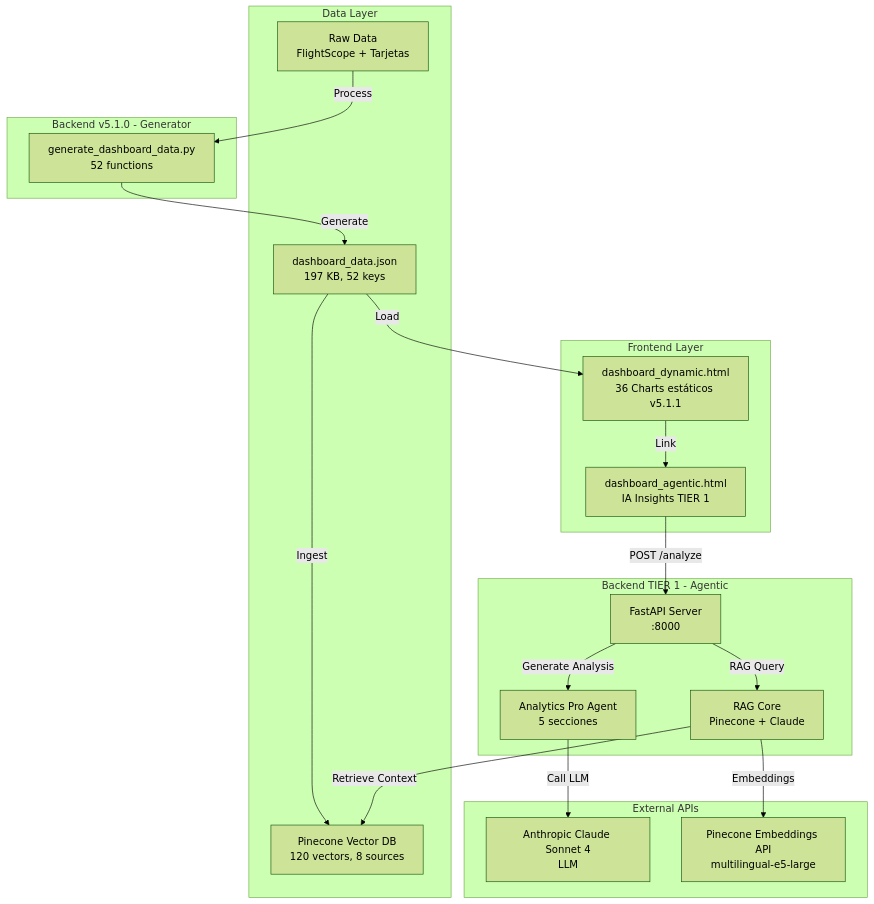
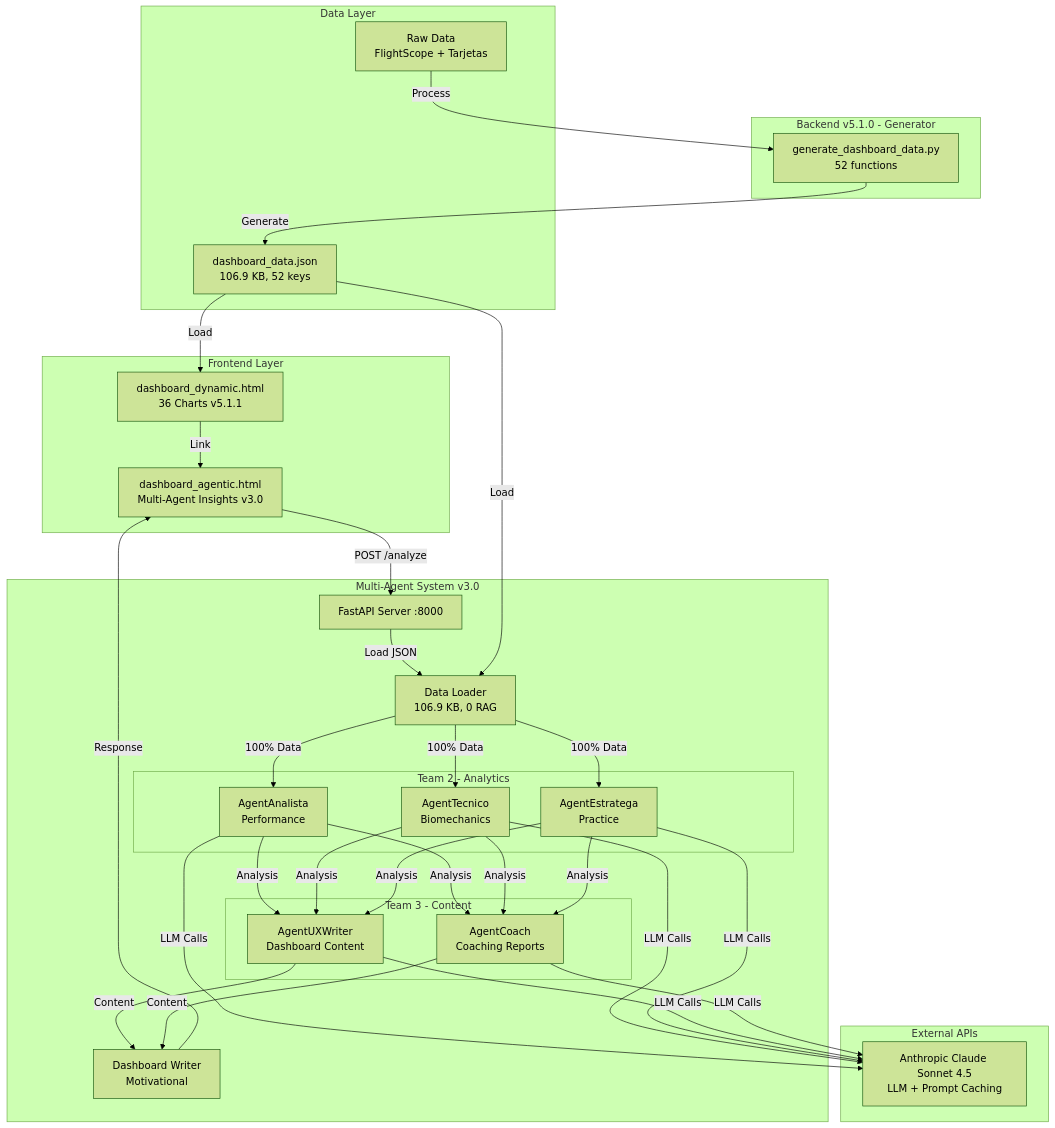
One commit to AlvGolf/AlvGolf-Identity-EngineV3 changed the diagram in README.md. Above: the diagram before and after it, drawn with Mermaid (forest theme). The commit also changed other lines of this file, not shown here.

First line of the commit message:
docs(v3.0): update README with Multi-Agent System v3.0

````diff
--- a/README.md
+++ b/README.md
@@ -34,41 +35,53 @@
 ```mermaid
 graph TB
     subgraph "Frontend Layer"
-        A[dashboard_dynamic.html<br/>36 Charts estáticos v5.1.1]
-        B[dashboard_agentic.html<br/>IA Insights TIER 1]
+        A[dashboard_dynamic.html<br/>36 Charts v5.1.1]
+        B[dashboard_agentic.html<br/>Multi-Agent Insights v3.0]
     end
 
-    subgraph "Backend TIER 1 - Agentic"
-        C[FastAPI Server<br/>:8000]
-        D[RAG Core<br/>Pinecone + Claude]
-        E[Analytics Pro Agent<br/>5 secciones]
+    subgraph "Multi-Agent System v3.0"
+        C[FastAPI Server :8000]
+        D[Data Loader<br/>106.9 KB, 0 RAG]
+
+        subgraph "Team 2 - Analytics"
+            E1[AgentAnalista<br/>Performance]
+            E2[AgentTecnico<br/>Biomechanics]
+            E3[AgentEstratega<br/>Practice]
+        end
+
+        subgraph "Team 3 - Content"
+            F1[AgentUXWriter<br/>Dashboard Content]
+            F2[AgentCoach<br/>Coaching Reports]
+        end
+
+        G[Dashboard Writer<br/>Motivational]
     end
 
     subgraph "Backend v5.1.0 - Generator"
-        F[generate_dashboard_data.py<br/>52 functions]
+        H[generate_dashboard_data.py<br/>52 functions]
     end
 
     subgraph "Data Layer"
-        G[dashboard_data.json<br/>197 KB, 52 keys]
-        H[Pinecone Vector DB<br/>120 vectors, 8 sources]
-        I[Raw Data<br/>FlightScope + Tarjetas]
+        I[dashboard_data.json<br/>106.9 KB, 52 keys]
+        J[Raw Data<br/>FlightScope + Tarjetas]
     end
 
     subgraph "External APIs"
-        J[Anthropic Claude Sonnet 4<br/>LLM]
-        K[Pinecone Embeddings API<br/>multilingual-e5-large]
+        K[Anthropic Claude Sonnet 4.5<br/>LLM + Prompt Caching]
     end
 
     A -->|Link| B
     B -->|POST /analyze| C
-    C -->|RAG Query| D
-    D -->|Embeddings| K
-    D -->|Retrieve Context| H
-    C -->|Generate Analysis| E
-    E -->|Call LLM| J
+    C -->|Load JSON| D
+    D -->|100% Data| E1 & E2 & E3
+    E1 & E2 & E3 -->|Analysis| F1 & F2
+    F1 & F2 -->|Content| G
+    G -->|Response| B
 
-    I -->|Process| F
-    F -->|Generate| G
-    G -->|Load| A
-    G -->|Ingest| H
+    J -->|Process| H
+    H -->|Generate| I
+    I -->|Load| A
+    I -->|Load| D
+
+    E1 & E2 & E3 & F1 & F2 -->|LLM Calls| K
 ```
````
